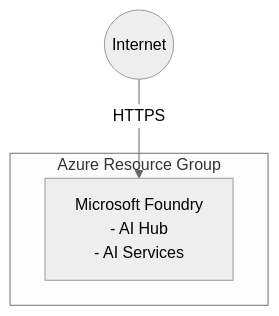
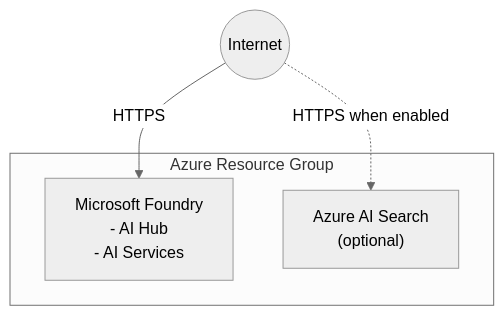
The diagram in infra/scenarios/azure_microsoft_foundry/README.md (ks6088ts/template-terraform), drawn with Mermaid (neutral theme) before and after one commit. The commit also changed other lines of this file and 10 other files, not shown here.

````diff
--- a/infra/scenarios/azure_microsoft_foundry/README.md
+++ b/infra/scenarios/azure_microsoft_foundry/README.md
@@ -11,10 +13,12 @@
 ```mermaid
 flowchart TB
     Internet((Internet))
 
     subgraph Azure["Azure Resource Group"]
         MF["Microsoft Foundry<br/>- AI Hub<br/>- AI Services"]
+        Search["Azure AI Search<br/>(optional)"]
     end
 
     Internet -->|HTTPS| MF
+    Internet -.->|HTTPS when enabled| Search
 ```
````
